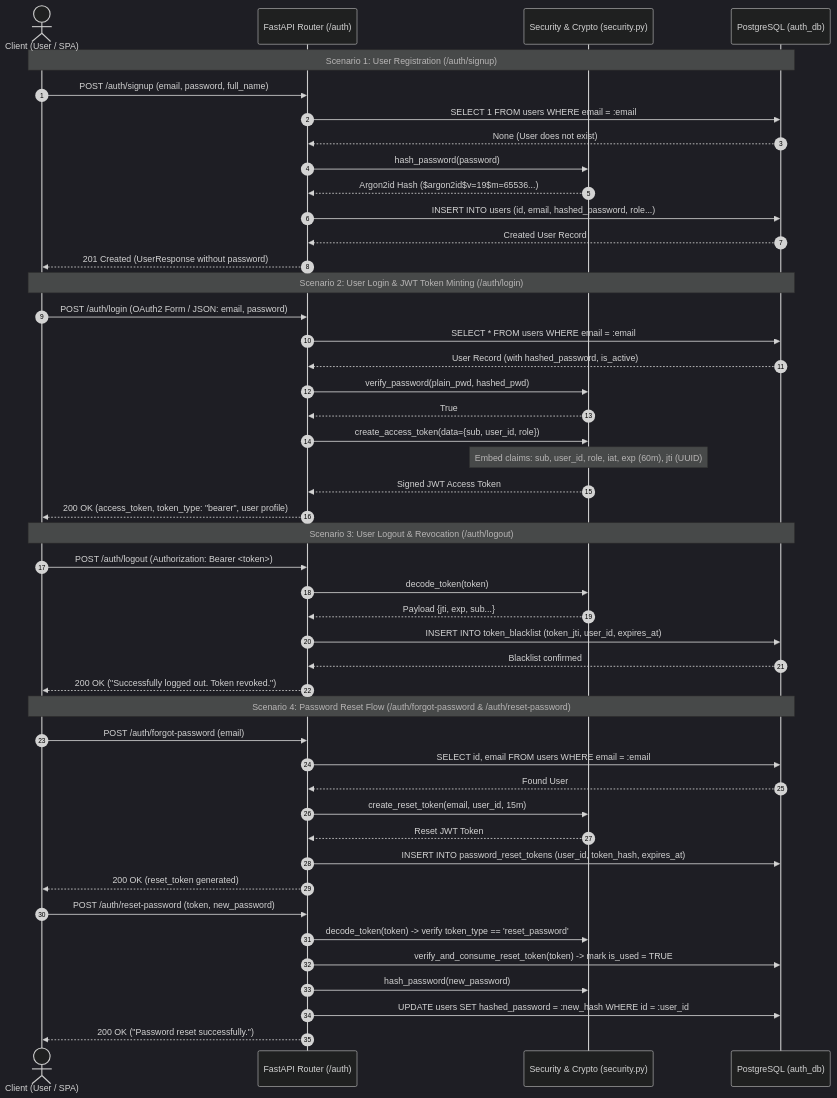
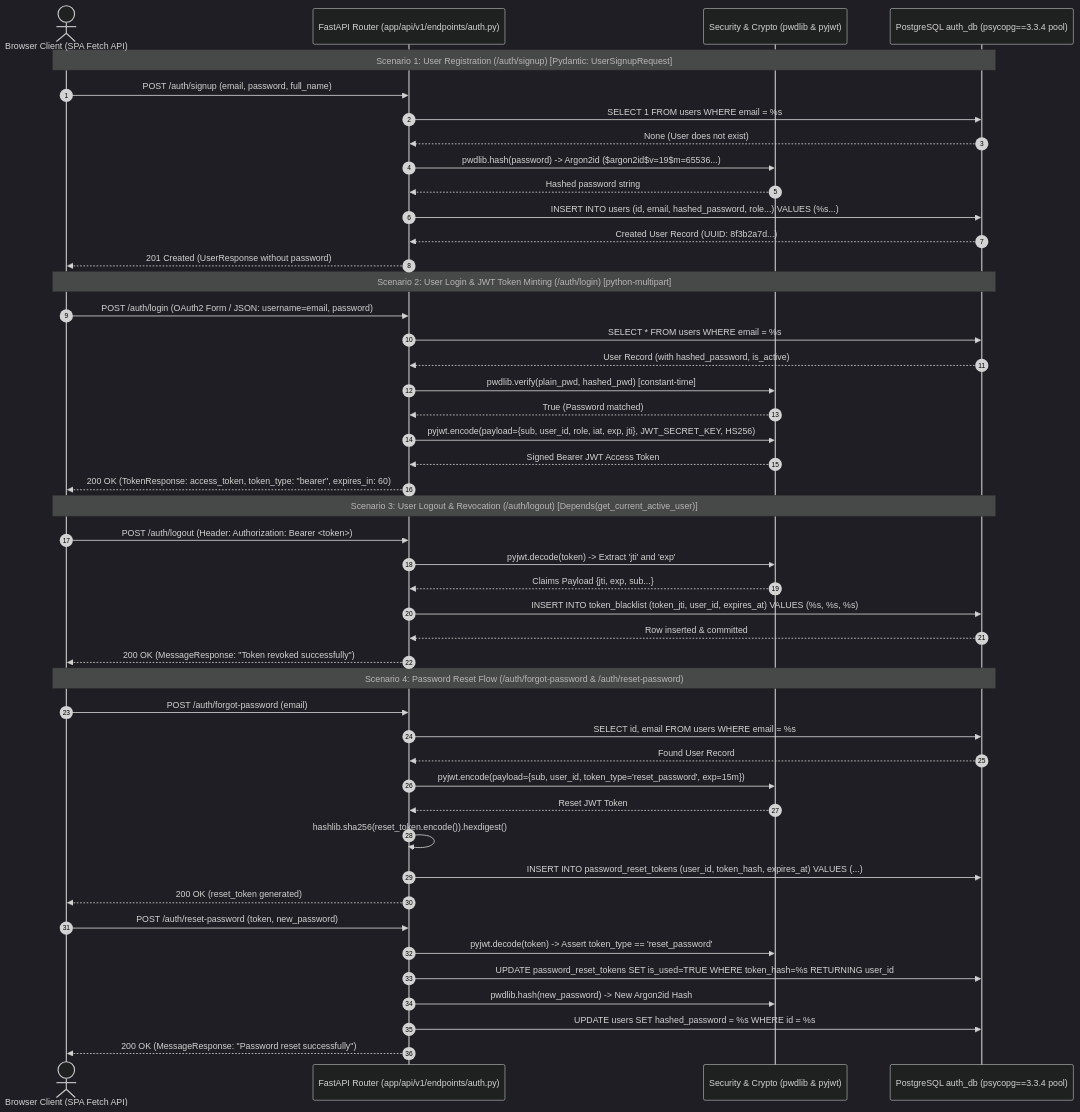
The second of 10 diagrams in README.md (ambideXtrous9/Langchain-Langgraph-Notebooks), drawn with Mermaid (dark theme) before and after one commit. The commit also changed other lines of this file, not shown here.

Commit message:
docs(readme): embed packages, drivers, and technical roles into all architecture diagrams

````diff
--- a/README.md
+++ b/README.md
@@ -183,52 +185,52 @@
 ```mermaid
 sequenceDiagram
     autonumber
-    actor Client as Client (User / SPA)
-    participant Gateway as FastAPI Router (/auth)
-    participant Security as Security & Crypto (security.py)
-    participant AuthDB as PostgreSQL (auth_db)
+    actor Client as Browser Client (SPA Fetch API)
+    participant Gateway as FastAPI Router (app/api/v1/endpoints/auth.py)
+    participant Security as Security & Crypto (pwdlib & pyjwt)
+    participant AuthDB as PostgreSQL auth_db (psycopg==3.3.4 pool)
 
-    Note over Client,AuthDB: Scenario 1: User Registration (/auth/signup)
+    Note over Client,AuthDB: Scenario 1: User Registration (/auth/signup) [Pydantic: UserSignupRequest]
     Client->>Gateway: POST /auth/signup (email, password, full_name)
-    Gateway->>AuthDB: SELECT 1 FROM users WHERE email = :email
+    Gateway->>AuthDB: SELECT 1 FROM users WHERE email = %s
     AuthDB-->>Gateway: None (User does not exist)
-    Gateway->>Security: hash_password(password)
-    Security-->>Gateway: Argon2id Hash ($argon2id$v=19$m=65536...)
-    Gateway->>AuthDB: INSERT INTO users (id, email, hashed_password, role...)
-    AuthDB-->>Gateway: Created User Record
+    Gateway->>Security: pwdlib.hash(password) -> Argon2id ($argon2id$v=19$m=65536...)
+    Security-->>Gateway: Hashed password string
+    Gateway->>AuthDB: INSERT INTO users (id, email, hashed_password, role...) VALUES (%s...)
+    AuthDB-->>Gateway: Created User Record (UUID: 8f3b2a7d...)
     Gateway-->>Client: 201 Created (UserResponse without password)
 
-    Note over Client,AuthDB: Scenario 2: User Login & JWT Token Minting (/auth/login)
-    Client->>Gateway: POST /auth/login (OAuth2 Form / JSON: email, password)
-    Gateway->>AuthDB: SELECT * FROM users WHERE email = :email
+    Note over Client,AuthDB: Scenario 2: User Login & JWT Token Minting (/auth/login) [python-multipart]
+    Client->>Gateway: POST /auth/login (OAuth2 Form / JSON: username=email, password)
+    Gateway->>AuthDB: SELECT * FROM users WHERE email = %s
     AuthDB-->>Gateway: User Record (with hashed_password, is_active)
-    Gateway->>Security: verify_password(plain_pwd, hashed_pwd)
-    Security-->>Gateway: True
-    Gateway->>Security: create_access_token(data={sub, user_id, role})
-    Note over Security: Embed claims: sub, user_id, role, iat, exp (60m), jti (UUID)
-    Security-->>Gateway: Signed JWT Access Token
-    Gateway-->>Client: 200 OK (access_token, token_type: "bearer", user profile)
+    Gateway->>Security: pwdlib.verify(plain_pwd, hashed_pwd) [constant-time]
+    Security-->>Gateway: True (Password matched)
+    Gateway->>Security: pyjwt.encode(payload={sub, user_id, role, iat, exp, jti}, JWT_SECRET_KEY, HS256)
+    Security-->>Gateway: Signed Bearer JWT Access Token
+    Gateway-->>Client: 200 OK (TokenResponse: access_token, token_type: "bearer", expires_in: 60)
 
-    Note over Client,AuthDB: Scenario 3: User Logout & Revocation (/auth/logout)
-    Client->>Gateway: POST /auth/logout (Authorization: Bearer <token>)
-    Gateway->>Security: decode_token(token)
-    Security-->>Gateway: Payload {jti, exp, sub...}
-    Gateway->>AuthDB: INSERT INTO token_blacklist (token_jti, user_id, expires_at)
-    AuthDB-->>Gateway: Blacklist confirmed
-    Gateway-->>Client: 200 OK ("Successfully logged out. Token revoked.")
+    Note over Client,AuthDB: Scenario 3: User Logout & Revocation (/auth/logout) [Depends(get_current_active_user)]
+    Client->>Gateway: POST /auth/logout (Header: Authorization: Bearer <token>)
+    Gateway->>Security: pyjwt.decode(token) -> Extract 'jti' and 'exp'
+    Security-->>Gateway: Claims Payload {jti, exp, sub...}
+    Gateway->>AuthDB: INSERT INTO token_blacklist (token_jti, user_id, expires_at) VALUES (%s, %s, %s)
+    AuthDB-->>Gateway: Row inserted & committed
+    Gateway-->>Client: 200 OK (MessageResponse: "Token revoked successfully")
 
     Note over Client,AuthDB: Scenario 4: Password Reset Flow (/auth/forgot-password & /auth/reset-password)
     Client->>Gateway: POST /auth/forgot-password (email)
-    Gateway->>AuthDB: SELECT id, email FROM users WHERE email = :email
-    AuthDB-->>Gateway: Found User
-    Gateway->>Security: create_reset_token(email, user_id, 15m)
+    Gateway->>AuthDB: SELECT id, email FROM users WHERE email = %s
+    AuthDB-->>Gateway: Found User Record
+    Gateway->>Security: pyjwt.encode(payload={sub, user_id, token_type='reset_password', exp=15m})
     Security-->>Gateway: Reset JWT Token
-    Gateway->>AuthDB: INSERT INTO password_reset_tokens (user_id, token_hash, expires_at)
+    Gateway->>Gateway: hashlib.sha256(reset_token.encode()).hexdigest()
+    Gateway->>AuthDB: INSERT INTO password_reset_tokens (user_id, token_hash, expires_at) VALUES (...)
     Gateway-->>Client: 200 OK (reset_token generated)
     Client->>Gateway: POST /auth/reset-password (token, new_password)
-    Gateway->>Security: decode_token(token) -> verify token_type == 'reset_password'
-    Gateway->>AuthDB: verify_and_consume_reset_token(token) -> mark is_used = TRUE
-    Gateway->>Security: hash_password(new_password)
-    Gateway->>AuthDB: UPDATE users SET hashed_password = :new_hash WHERE id = :user_id
-    Gateway-->>Client: 200 OK ("Password reset successfully.")
+    Gateway->>Security: pyjwt.decode(token) -> Assert token_type == 'reset_password'
+    Gateway->>AuthDB: UPDATE password_reset_tokens SET is_used=TRUE WHERE token_hash=%s RETURNING user_id
+    Gateway->>Security: pwdlib.hash(new_password) -> New Argon2id Hash
+    Gateway->>AuthDB: UPDATE users SET hashed_password = %s WHERE id = %s
+    Gateway-->>Client: 200 OK (MessageResponse: "Password reset successfully")
 ```
````
